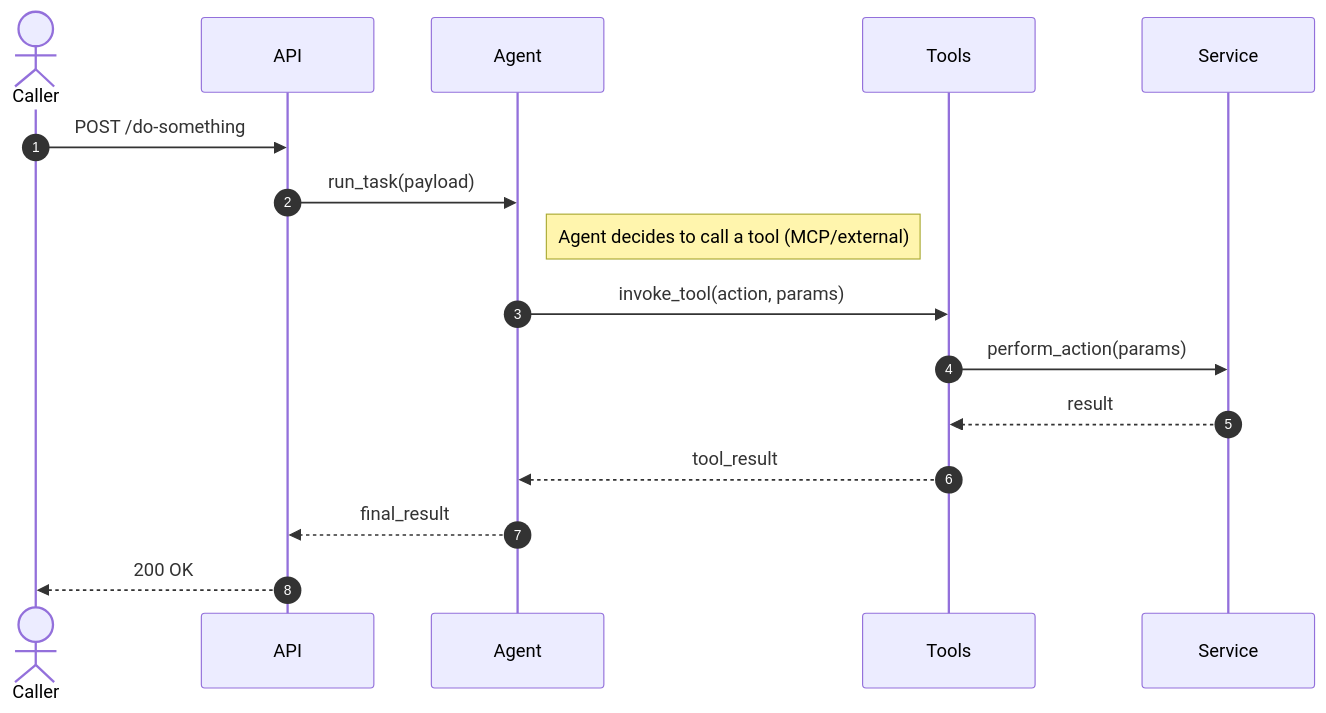
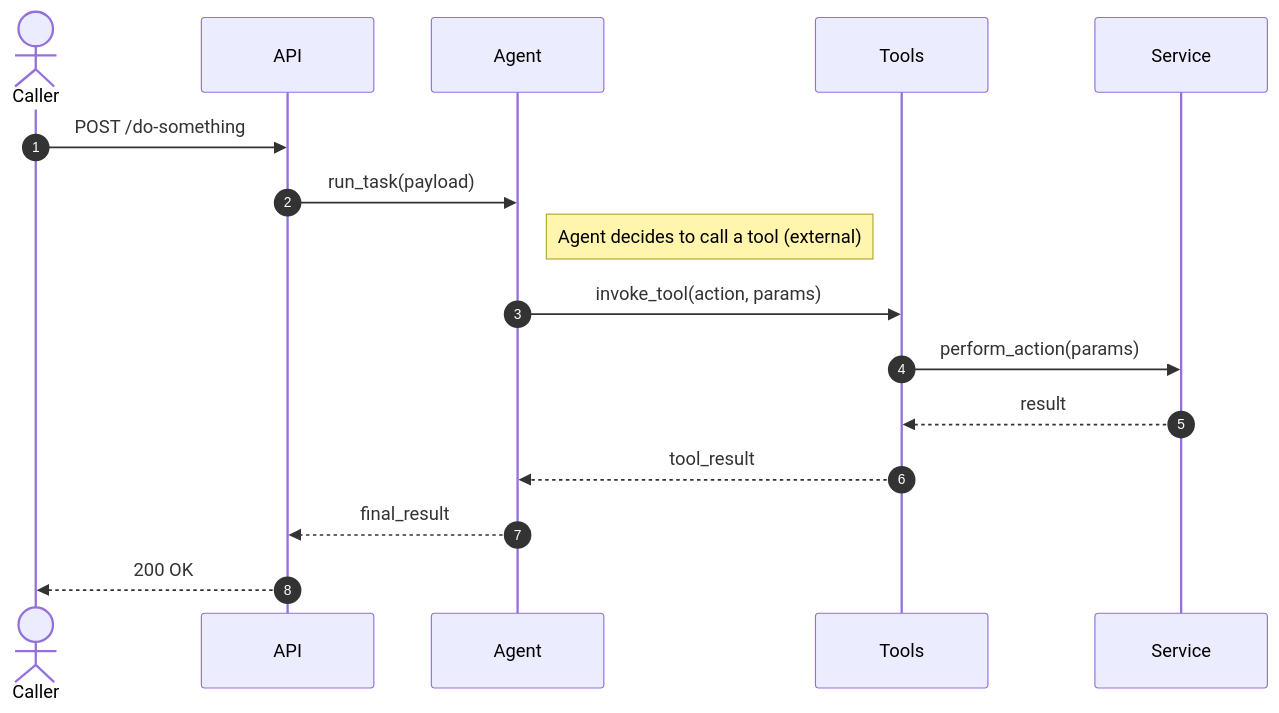
Before and after one commit to eSynergy-Solutions/architecture-patterns: the fourth of 6 diagrams in Patterns/Apps/Microservices/python/BDP-FastApi-agentic.md, drawn with Mermaid. The commit also changed other lines of this file, not shown here.

````diff
--- a/Patterns/Apps/Microservices/python/BDP-FastApi-agentic.md
+++ b/Patterns/Apps/Microservices/python/BDP-FastApi-agentic.md
@@ -166,19 +176,19 @@
 ```mermaid
 sequenceDiagram
     autonumber
     actor User as Caller
     participant API
     participant Agent
     participant Tools
     participant Service
 
     User->>API: POST /do-something
     API->>Agent: run_task(payload)
-    Note right of Agent: Agent decides to call a tool (MCP/external)
+    Note right of Agent: Agent decides to call a tool (external)
     Agent->>Tools: invoke_tool(action, params)
     Tools->>Service: perform_action(params)
     Service-->>Tools: result
     Tools-->>Agent: tool_result
     Agent-->>API: final_result
     API-->>User: 200 OK
 ```
````
